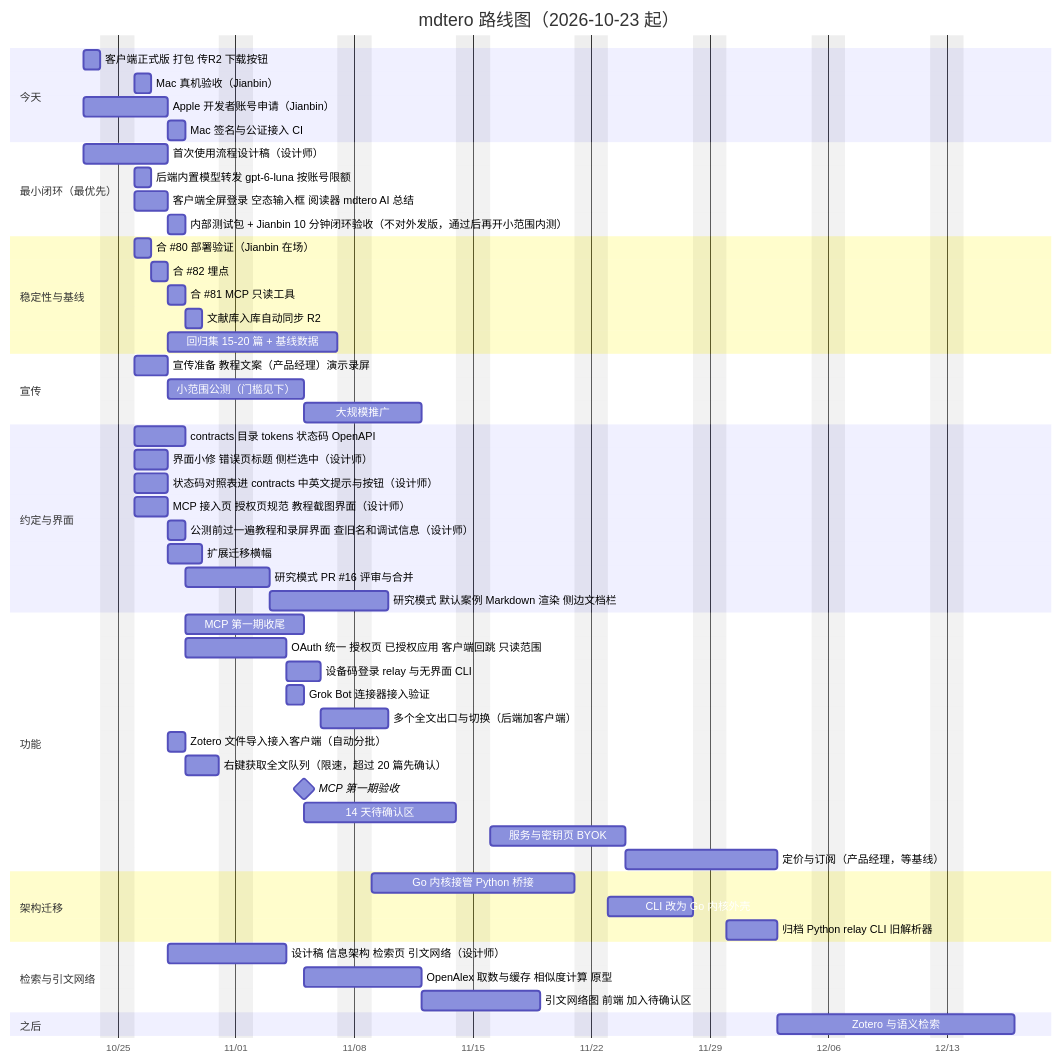
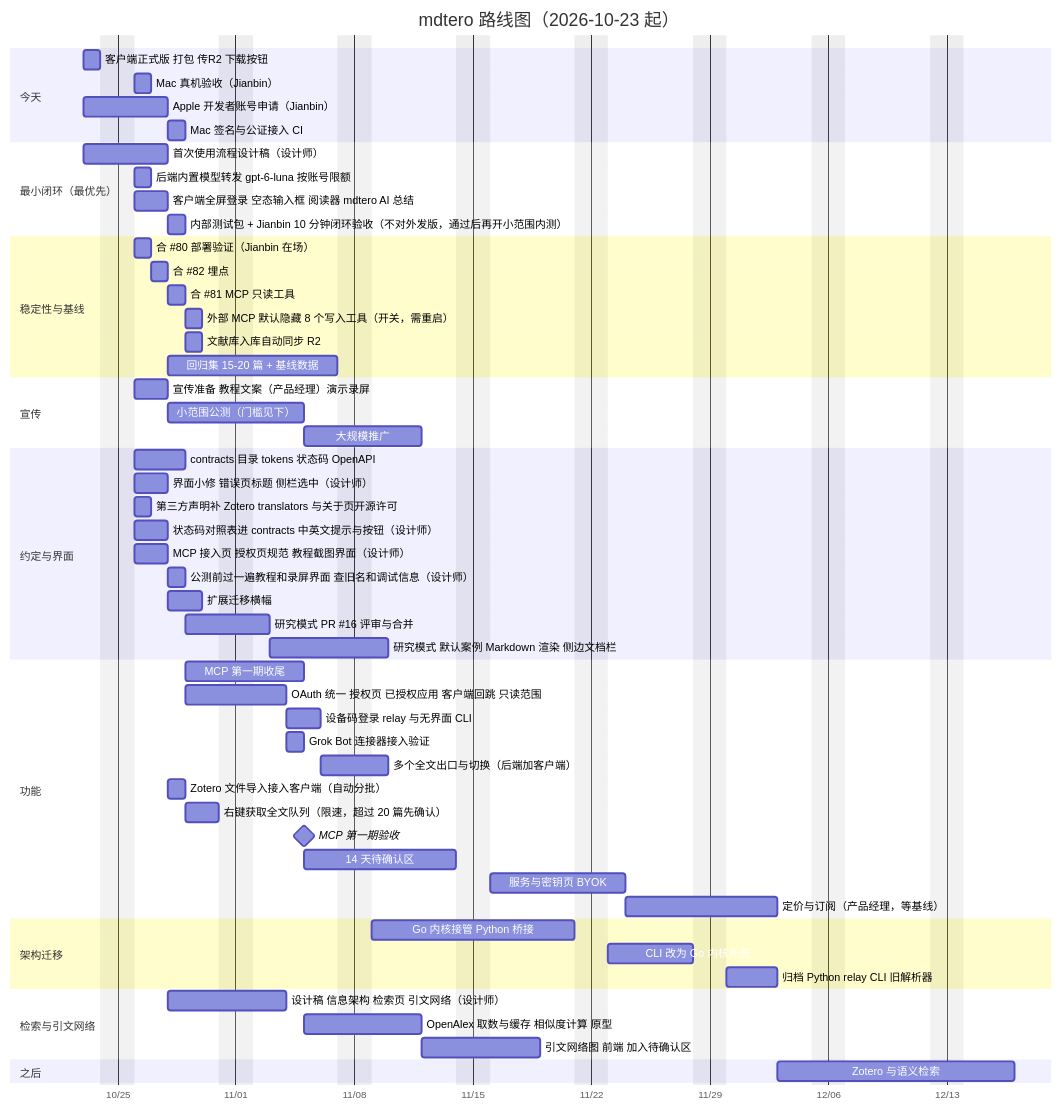
The diagram in docs/roadmap/gantt.md (JonbinC/doi2md), drawn with Mermaid before and after one commit.

Commit message:
docs: gantt adds MCP write-tool hiding and translator notice

````diff
--- a/docs/roadmap/gantt.md
+++ b/docs/roadmap/gantt.md
@@ -2,58 +2,60 @@
 ```mermaid
 gantt
     title mdtero 路线图（2026-10-23 起）
     dateFormat YYYY-MM-DD
     axisFormat %m/%d
     excludes weekends
     section 今天
     客户端正式版 打包 传R2 下载按钮      :a1, 2026-10-23, 1d
     Mac 真机验收（Jianbin）               :a2, after a1, 1d
     Apple 开发者账号申请（Jianbin）       :a3, 2026-10-23, 3d
     Mac 签名与公证接入 CI                 :a4, after a3, 1d
     section 最小闭环（最优先）
     首次使用流程设计稿（设计师）           :m1, 2026-10-23, 3d
     后端内置模型转发 gpt-6-luna 按账号限额  :m2, 2026-10-26, 1d
     客户端全屏登录 空态输入框 阅读器 mdtero AI 总结 :m3, 2026-10-26, 2d
     内部测试包 + Jianbin 10 分钟闭环验收（不对外发版，通过后再开小范围内测） :m4, after m3, 1d
     section 稳定性与基线
     合 #80 部署验证（Jianbin 在场）        :b1, 2026-10-26, 1d
     合 #82 埋点                           :b2, after b1, 1d
     合 #81 MCP 只读工具                   :b3, after b2, 1d
+    外部 MCP 默认隐藏 8 个写入工具（开关，需重启）  :b6, after b3, 1d
     文献库入库自动同步 R2                  :b5, after b3, 1d
     回归集 15-20 篇 + 基线数据             :b4, after b2, 8d
     section 宣传
     宣传准备 教程文案（产品经理）演示录屏    :p1, 2026-10-26, 2d
     小范围公测（门槛见下）                 :p2, 2026-10-28, 6d
     大规模推广                            :p3, after d4, 5d
     section 约定与界面
     contracts 目录 tokens 状态码 OpenAPI  :c1, 2026-10-26, 3d
     界面小修 错误页标题 侧栏选中（设计师） :c2, 2026-10-26, 2d
+    第三方声明补 Zotero translators 与关于页开源许可 :c9, 2026-10-26, 1d
     状态码对照表进 contracts 中英文提示与按钮（设计师） :c5, 2026-10-26, 2d
     MCP 接入页 授权页规范 教程截图界面（设计师） :c6, 2026-10-26, 2d
     公测前过一遍教程和录屏界面 查旧名和调试信息（设计师） :c7, after c6, 1d
     扩展迁移横幅                          :c4, 2026-10-28, 2d
     研究模式 PR #16 评审与合并             :c3, after c1, 3d
     研究模式 默认案例 Markdown 渲染 侧边文档栏 :c8, after c3, 5d
     section 功能
     MCP 第一期收尾                         :d1, after b3, 5d
     OAuth 统一 授权页 已授权应用 客户端回跳 只读范围 :o1, after b3, 4d
     设备码登录 relay 与无界面 CLI               :o2, after o1, 2d
     Grok Bot 连接器接入验证                    :g1, after o1, 1d
     多个全文出口与切换（后端加客户端）          :r1, after o2, 2d
     Zotero 文件导入接入客户端（自动分批）       :z1, after m3, 1d
     右键获取全文队列（限速，超过 20 篇先确认）     :z2, after z1, 2d
     MCP 第一期验收                         :milestone, d4, after d1 o1 g1 a4, 0d
     14 天待确认区                          :d2, after d4, 7d
     服务与密钥页 BYOK                      :d3, after d2, 6d
     定价与订阅（产品经理，等基线）          :d5, after d3, 7d
     section 架构迁移
     Go 内核接管 Python 桥接                :e1, 2026-11-09, 10d
     CLI 改为 Go 内核外壳                   :e2, after e1, 5d
     归档 Python relay CLI 旧解析器         :e3, after e2, 3d
     section 检索与引文网络
     设计稿 信息架构 检索页 引文网络（设计师） :s1, 2026-10-28, 5d
     OpenAlex 取数与缓存 相似度计算 原型       :s2, after d4, 5d
     引文网络图 前端 加入待确认区               :s3, after s2, 5d
     section 之后
     Zotero 与语义检索                      :f1, after d5, 10d
 ```
````
